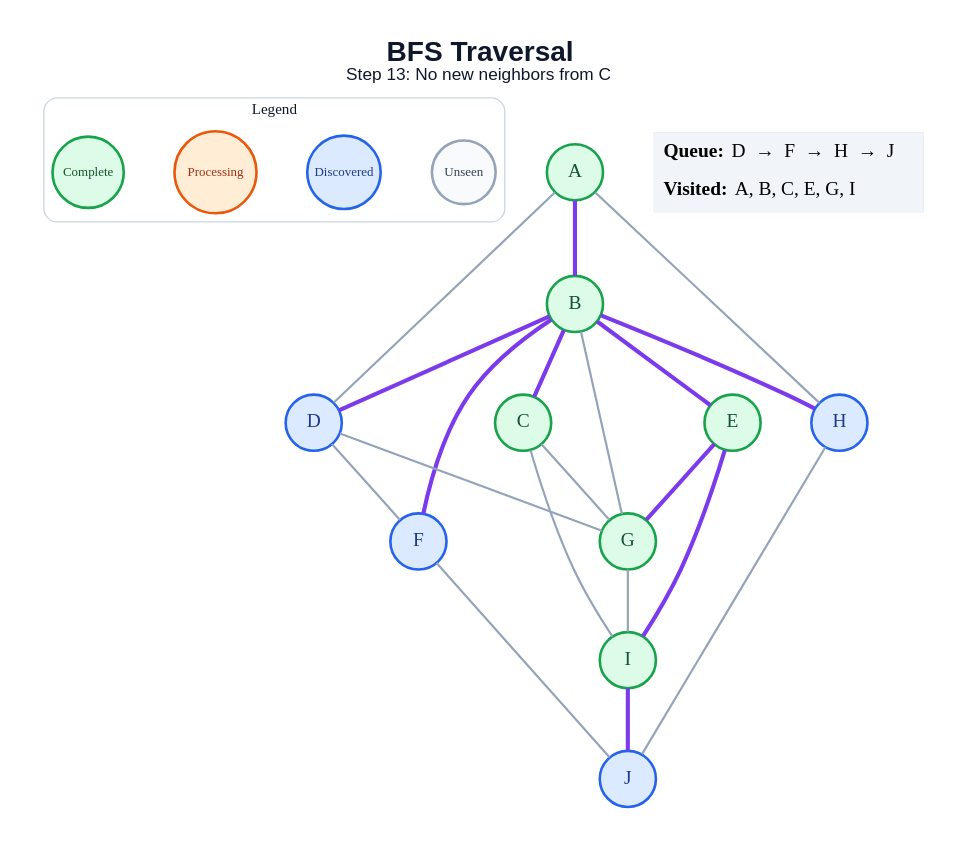
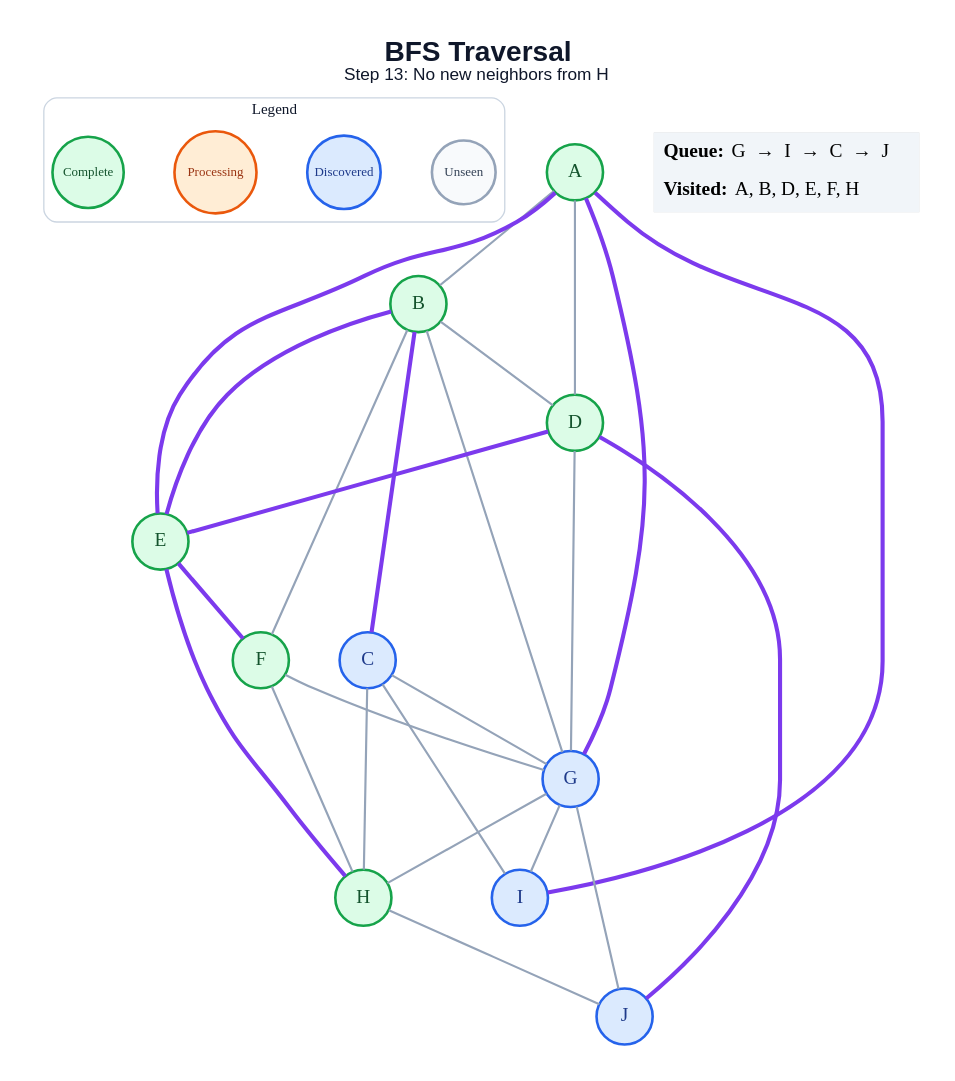
One commit to amanghodawala9/ai-slop changed the diagram in generated/specific-node/bfs/step_13.dot. Above: the diagram before and after it, drawn with Graphviz. The commit also changed 178 other files, not shown here.

```diff
--- a/generated/specific-node/bfs/step_13.dot
+++ b/generated/specific-node/bfs/step_13.dot
@@ -1,48 +1,53 @@
 graph traversal {
   graph [layout=dot, rankdir=TB, bgcolor="#FFFFFF", pad="0.35", nodesep="0.65", ranksep="0.8", fontname="Arial"];
   node [shape=circle, style="filled", fontname="Arial Bold", fontsize=18, width=0.72, fixedsize=true, penwidth=2.4];
   edge [color="#94A3B8", penwidth=2.0];
-  label=<<B>BFS Traversal</B><BR/><FONT POINT-SIZE="16">Step 13: No new neighbors from C</FONT>>; labelloc="t"; fontsize=26; fontname="Arial"; fontcolor="#0F172A";
+  label=<<B>BFS Traversal</B><BR/><FONT POINT-SIZE="16">Step 13: No new neighbors from H</FONT>>; labelloc="t"; fontsize=26; fontname="Arial"; fontcolor="#0F172A";
   subgraph cluster_legend { label="Legend"; color="#CBD5E1"; penwidth=1.2; style="rounded"; fontsize=14; fontname="Arial Bold";
     key_unseen [label="Unseen", fillcolor="#F8FAFC", color="#94A3B8", fontcolor="#334155", fontsize=12, width=0.82];
     key_frontier [label="Discovered", fillcolor="#DBEAFE", color="#2563EB", fontcolor="#1E3A8A", fontsize=12, width=0.95];
     key_current [label="Processing", fillcolor="#FFEDD5", color="#EA580C", fontcolor="#9A3412", fontsize=12, width=1.05];
     key_done [label="Complete", fillcolor="#DCFCE7", color="#16A34A", fontcolor="#14532D", fontsize=12, width=0.92];
     { rank=same; key_unseen; key_frontier; key_current; key_done; }
   }
   A [fillcolor="#DCFCE7", color="#16A34A", fontcolor="#14532D"];
   B [fillcolor="#DCFCE7", color="#16A34A", fontcolor="#14532D"];
-  C [fillcolor="#DCFCE7", color="#16A34A", fontcolor="#14532D"];
-  D [fillcolor="#DBEAFE", color="#2563EB", fontcolor="#1E3A8A"];
+  C [fillcolor="#DBEAFE", color="#2563EB", fontcolor="#1E3A8A"];
+  D [fillcolor="#DCFCE7", color="#16A34A", fontcolor="#14532D"];
   E [fillcolor="#DCFCE7", color="#16A34A", fontcolor="#14532D"];
-  F [fillcolor="#DBEAFE", color="#2563EB", fontcolor="#1E3A8A"];
-  G [fillcolor="#DCFCE7", color="#16A34A", fontcolor="#14532D"];
-  H [fillcolor="#DBEAFE", color="#2563EB", fontcolor="#1E3A8A"];
-  I [fillcolor="#DCFCE7", color="#16A34A", fontcolor="#14532D"];
+  F [fillcolor="#DCFCE7", color="#16A34A", fontcolor="#14532D"];
+  G [fillcolor="#DBEAFE", color="#2563EB", fontcolor="#1E3A8A"];
+  H [fillcolor="#DCFCE7", color="#16A34A", fontcolor="#14532D"];
+  I [fillcolor="#DBEAFE", color="#2563EB", fontcolor="#1E3A8A"];
   J [fillcolor="#DBEAFE", color="#2563EB", fontcolor="#1E3A8A"];
-  A -- B [color="#7C3AED", penwidth=3.8];
+  A -- B;
   A -- D;
-  A -- H;
+  A -- E [color="#7C3AED", penwidth=3.8];
+  A -- G [color="#7C3AED", penwidth=3.8];
+  A -- I [color="#7C3AED", penwidth=3.8];
   B -- C [color="#7C3AED", penwidth=3.8];
-  B -- D [color="#7C3AED", penwidth=3.8];
+  B -- D;
   B -- E [color="#7C3AED", penwidth=3.8];
-  B -- F [color="#7C3AED", penwidth=3.8];
+  B -- F;
   B -- G;
-  B -- H [color="#7C3AED", penwidth=3.8];
   C -- G;
+  C -- H;
   C -- I;
-  D -- F;
+  D -- E [color="#7C3AED", penwidth=3.8];
   D -- G;
-  E -- G [color="#7C3AED", penwidth=3.8];
-  E -- I [color="#7C3AED", penwidth=3.8];
-  F -- J;
+  D -- J [color="#7C3AED", penwidth=3.8];
+  E -- F [color="#7C3AED", penwidth=3.8];
+  E -- H [color="#7C3AED", penwidth=3.8];
+  F -- G;
+  F -- H;
+  G -- H;
   G -- I;
+  G -- J;
   H -- J;
-  I -- J [color="#7C3AED", penwidth=3.8];
   status [shape=plain, fixedsize=false, width=0, height=0, margin=0, label=<
     <TABLE BORDER="0" CELLBORDER="0" CELLPADDING="7" BGCOLOR="#F1F5F9">
-      <TR><TD ALIGN="LEFT"><B>Queue:</B> D  →  F  →  H  →  J</TD></TR>
-      <TR><TD ALIGN="LEFT"><B>Visited:</B> A, B, C, E, G, I</TD></TR>
+      <TR><TD ALIGN="LEFT"><B>Queue:</B> G  →  I  →  C  →  J</TD></TR>
+      <TR><TD ALIGN="LEFT"><B>Visited:</B> A, B, D, E, F, H</TD></TR>
     </TABLE>
   >];
 }
```
